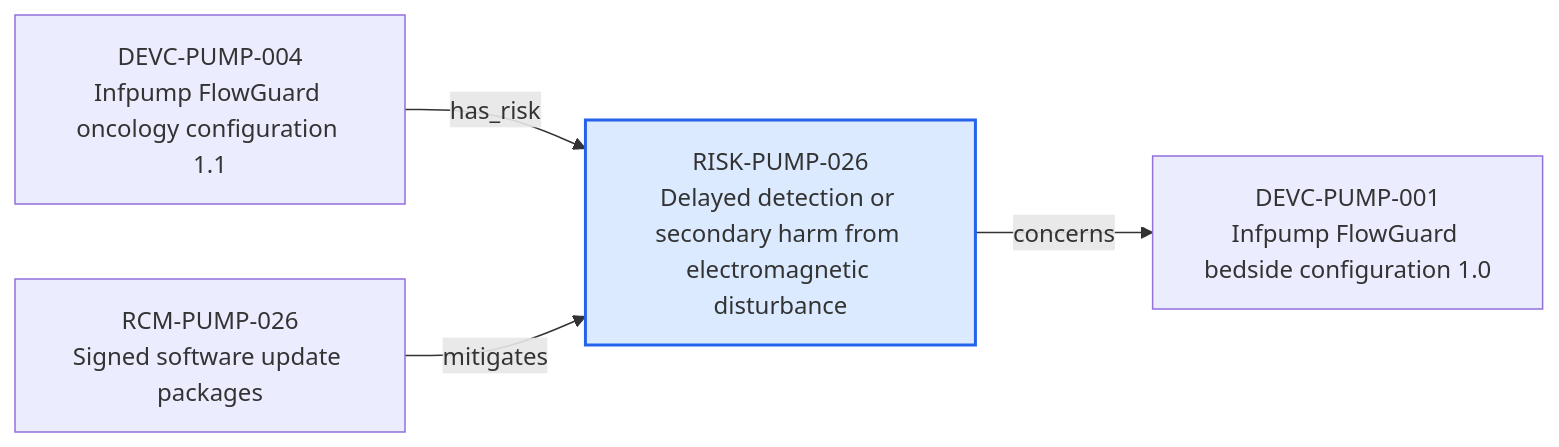
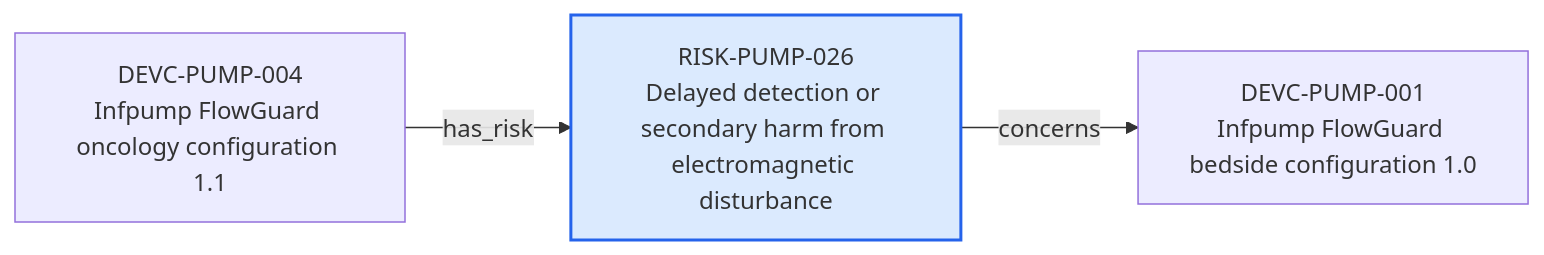
Before and after one commit to mvattulainen/mdrontology: the diagram in content/06-Infpump FlowGuard ontology notes/risk/RISK-PUMP-026-delayed-detection-or-secondary-harm-from-electromagnetic-disturbance.md, drawn with Mermaid. The commit also changed other lines of this file and 321 other files, not shown here.

Commit message:
Implement Mermaid ontology audit findings

````diff
--- a/content/06-Infpump FlowGuard ontology notes/risk/RISK-PUMP-026-delayed-detection-or-secondary-harm-from-electromagnetic-disturbance.md
+++ b/content/06-Infpump FlowGuard ontology notes/risk/RISK-PUMP-026-delayed-detection-or-secondary-harm-from-electromagnetic-disturbance.md
@@ -75,12 +75,10 @@
 ```mermaid
 flowchart LR
   CURRENT["RISK-PUMP-026<br/>Delayed detection or secondary harm from electromagnetic disturbance"]
   PREV0["DEVC-PUMP-004<br/>Infpump FlowGuard oncology configuration 1.1"]
   PREV0 -->|"has_risk"| CURRENT
-  PREV1["RCM-PUMP-026<br/>Signed software update packages"]
-  PREV1 -->|"mitigates"| CURRENT
   NEXT0["DEVC-PUMP-001<br/>Infpump FlowGuard bedside configuration 1.0"]
   CURRENT -->|"concerns"| NEXT0
   classDef current fill:#dbeafe,stroke:#2563eb,stroke-width:2px
   class CURRENT current
 ```
````
